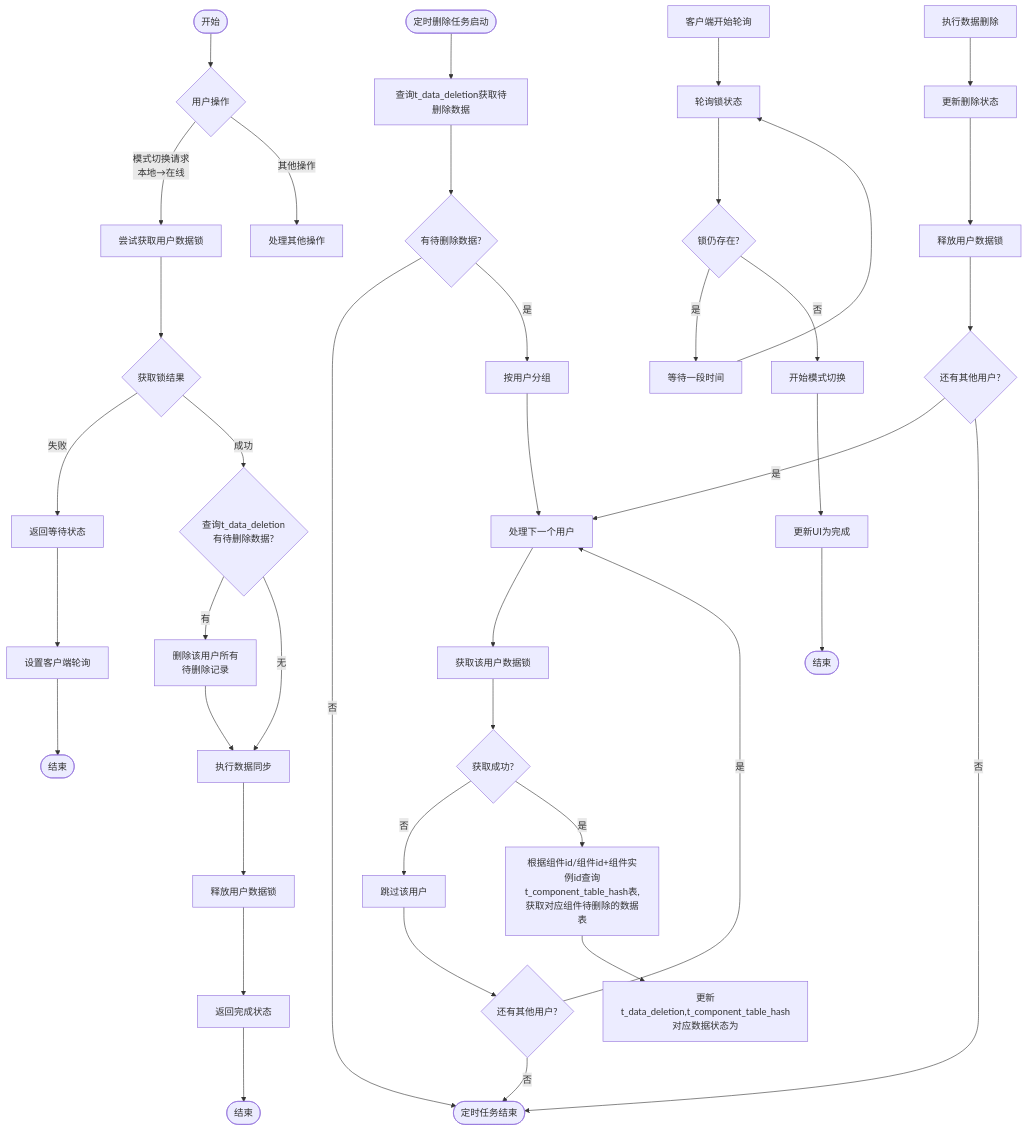
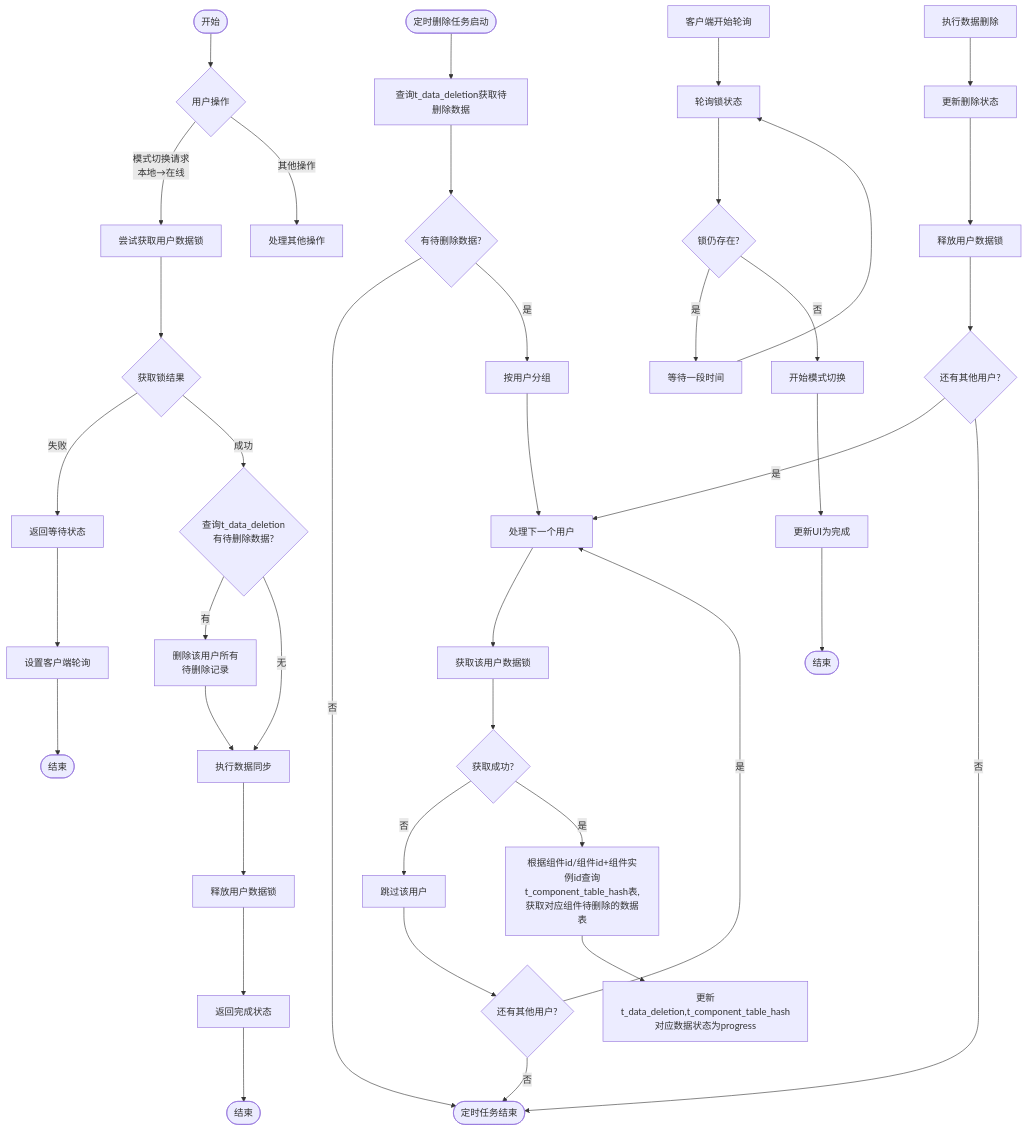
Before and after one commit to yingjianzh/iodraw-files: the diagram in all/未命名-57.md, drawn with Mermaid.

Commit message:
2025-05-12 11:23:11 update

````diff
--- a/all/未命名-57.md
+++ b/all/未命名-57.md
@@ -1,62 +1,63 @@
 ```mermaid
 flowchart TD
     %% 主要分支
     Start([开始]) --> UserAction{用户操作}
     UserAction -->|模式切换请求\n本地→在线| TryLock[尝试获取用户数据锁]
     UserAction -->|其他操作| OtherOps[处理其他操作]
     
     %% 定时删除任务分支
     ScheduledTask([定时删除任务启动]) --> QueryDeletions[查询t_data_deletion获取待删除数据]
     QueryDeletions --> HasTasks{有待删除数据?}
     HasTasks -->|否| TaskEnd([定时任务结束])
     HasTasks -->|是| GroupByUser[按用户分组]
     
     %% 处理用户数据删除
     GroupByUser --> ProcessNextUser[处理下一个用户]
     ProcessNextUser --> AcquireLock[获取该用户数据锁]
     AcquireLock --> LockSuccess{获取成功?}
     
     LockSuccess -->|否| SkipUser[跳过该用户]
     SkipUser --> MoreUsers1{还有其他用户?}
     MoreUsers1 -->|是| ProcessNextUser
     MoreUsers1 -->|否| TaskEnd
     
     LockSuccess -->|是| GetData[根据组件id/组件id+组件实例id查询t_component_table_hash表,获取对应组件待删除的数据表]
     
-    GetData --> UpdateData[更新t_data_deletion,t_component_table_hash对应数据状态为]
+    GetData --> UpdateData[更新t_data_deletion,t_component_table_hash对应数据状态为progress]
+    
     DeleteData[执行数据删除]
     DeleteData --> UpdateStatus[更新删除状态]
     UpdateStatus --> ReleaseLock[释放用户数据锁]
     ReleaseLock --> MoreUsers2{还有其他用户?}
     MoreUsers2 -->|是| ProcessNextUser
     MoreUsers2 -->|否| TaskEnd
     
     %% 模式切换流程
     TryLock --> LockResult{获取锁结果}
     
     LockResult -->|失败| ReturnWaiting[返回等待状态]
     ReturnWaiting --> SetupPolling[设置客户端轮询]
     SetupPolling --> End1([结束])
     
     LockResult -->|成功| CheckPendingDeletion{查询t_data_deletion\n有待删除数据?}
     
     CheckPendingDeletion -->|有| RemoveDeletionRecords[删除该用户所有\n待删除记录]
     RemoveDeletionRecords --> PerformSync[执行数据同步]
     
     CheckPendingDeletion -->|无| PerformSync
     
     PerformSync --> ReleaseSwitchLock[释放用户数据锁]
     ReleaseSwitchLock --> ReturnComplete[返回完成状态]
     ReturnComplete --> End2([结束])
     
     %% 客户端轮询
     ClientPolling[客户端开始轮询] --> PollLockStatus[轮询锁状态]
     PollLockStatus --> StillLocked{锁仍存在?}
     
     StillLocked -->|是| WaitInterval[等待一段时间]
     WaitInterval --> PollLockStatus
     
     StillLocked -->|否| StartSwitch[开始模式切换]
     StartSwitch --> CompleteUI[更新UI为完成]
     CompleteUI --> End3([结束])
 ```
````
